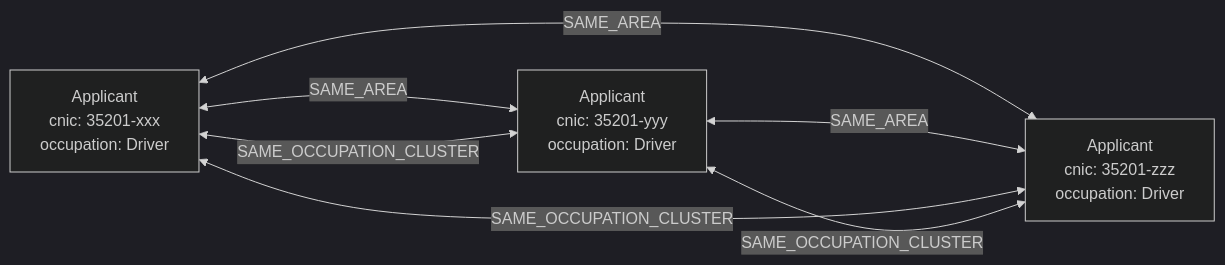
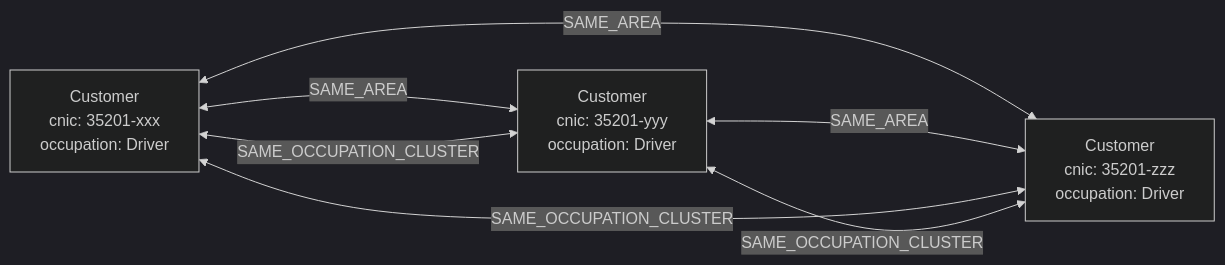
The second of 3 diagrams in docs/docs/fraud-layer.md (Nouman64-cat/insurance-ai), drawn with Mermaid (dark theme) before and after one commit. The commit also changed other lines of this file and 63 other files, not shown here.

Commit message:
refactor: rename applicant entities to customer throughout the codebase and documentation

````diff
--- a/docs/docs/fraud-layer.md
+++ b/docs/docs/fraud-layer.md
@@ -62,13 +62,13 @@
 ```mermaid
 graph LR
-    A1["Applicant\ncnic: 35201-xxx\noccupation: Driver"] 
-    A2["Applicant\ncnic: 35201-yyy\noccupation: Driver"]
-    A3["Applicant\ncnic: 35201-zzz\noccupation: Driver"]
+    A1["Customer\ncnic: 35201-xxx\noccupation: Driver"] 
+    A2["Customer\ncnic: 35201-yyy\noccupation: Driver"]
+    A3["Customer\ncnic: 35201-zzz\noccupation: Driver"]
 
     A1 <-->|SAME_AREA| A2
     A1 <-->|SAME_AREA| A3
     A2 <-->|SAME_AREA| A3
     A1 <-->|SAME_OCCUPATION_CLUSTER| A2
     A1 <-->|SAME_OCCUPATION_CLUSTER| A3
     A2 <-->|SAME_OCCUPATION_CLUSTER| A3
 ```
````
